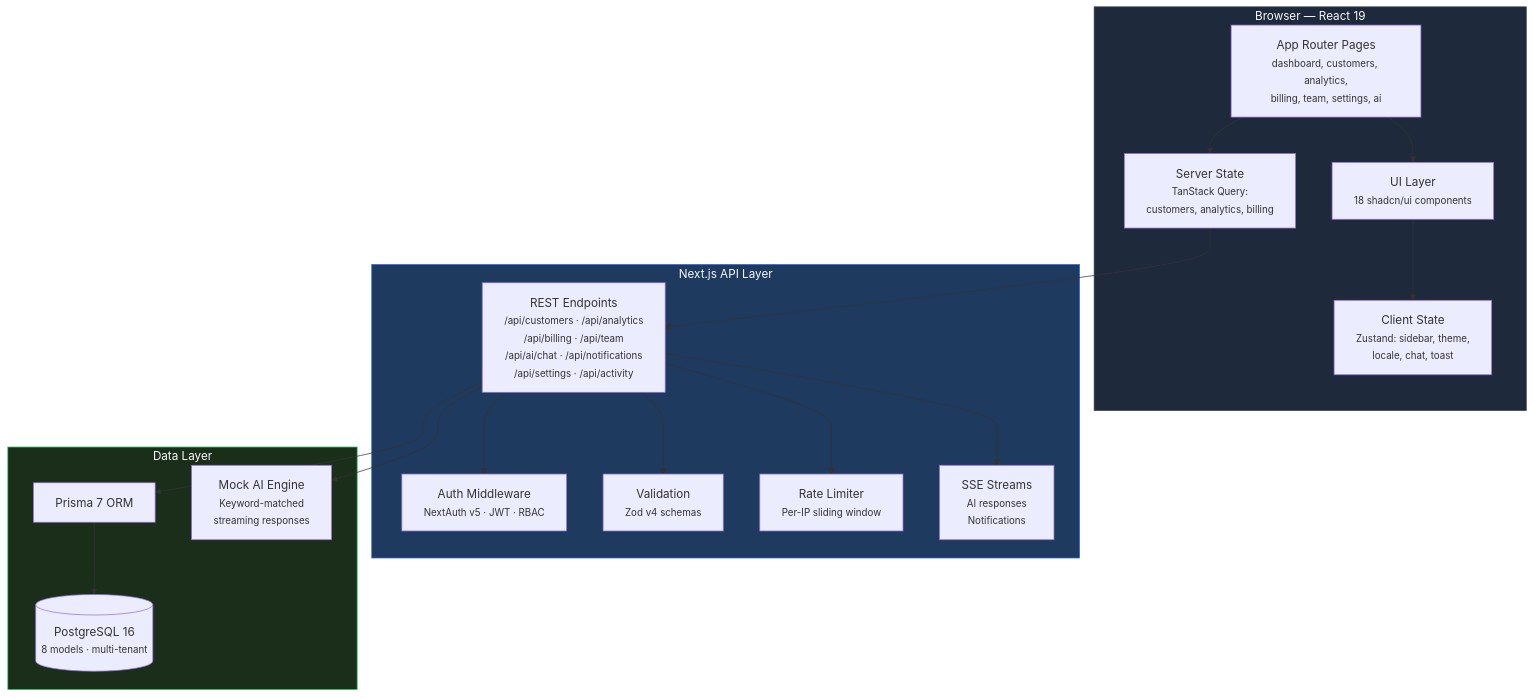
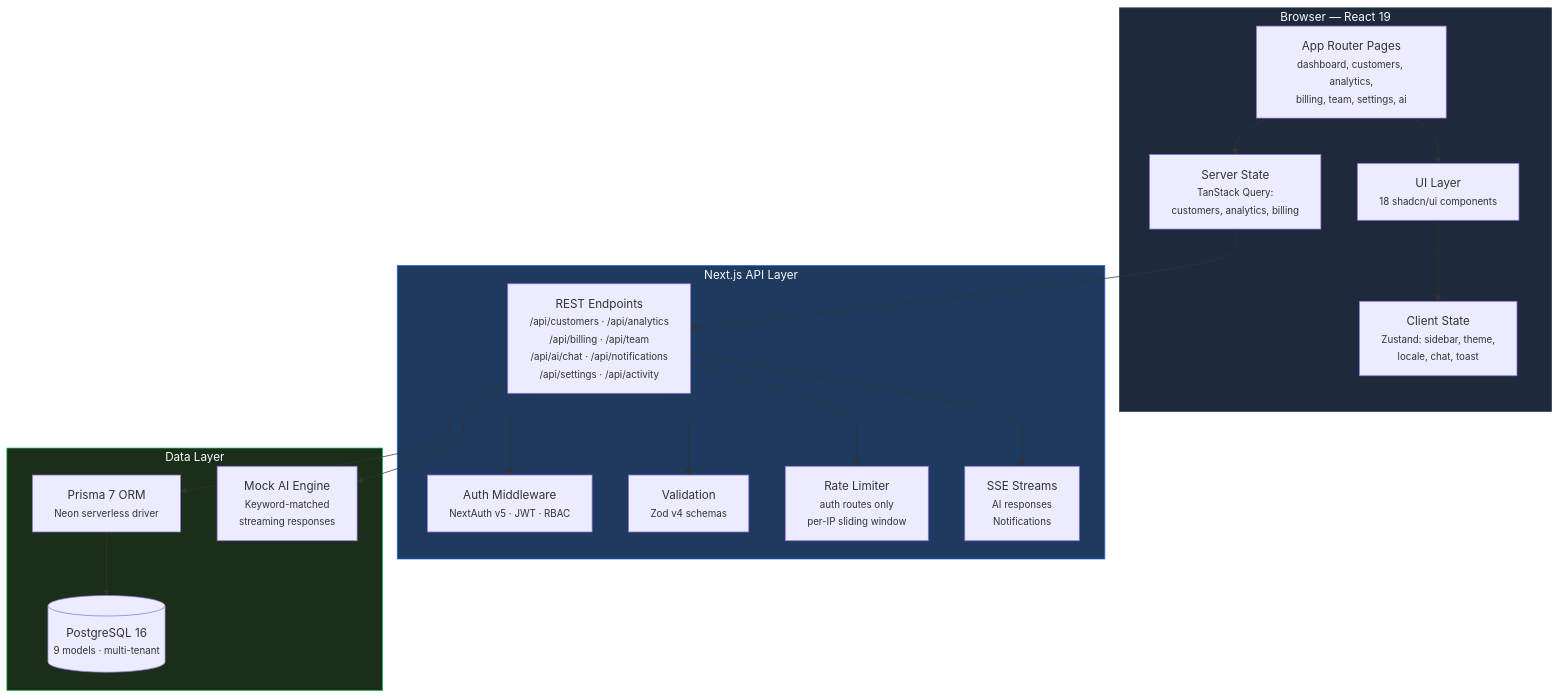
The first of 2 diagrams in README.md (mer-prog/nexus-ai), drawn with Mermaid before and after one commit. The commit also changed other lines of this file and 7 other files, not shown here.

````diff
--- a/README.md
+++ b/README.md
@@ -56,39 +60,39 @@
 ```mermaid
 graph TB
     subgraph Client["Browser — React 19"]
         Pages["App Router Pages<br/><small>dashboard, customers, analytics,<br/>billing, team, settings, ai</small>"]
         UI["UI Layer<br/><small>18 shadcn/ui components</small>"]
         State["Client State<br/><small>Zustand: sidebar, theme,<br/>locale, chat, toast</small>"]
         ServerState["Server State<br/><small>TanStack Query:<br/>customers, analytics, billing</small>"]
     end
 
     subgraph API["Next.js API Layer"]
         Routes["REST Endpoints<br/><small>/api/customers · /api/analytics<br/>/api/billing · /api/team<br/>/api/ai/chat · /api/notifications<br/>/api/settings · /api/activity</small>"]
         Auth["Auth Middleware<br/><small>NextAuth v5 · JWT · RBAC</small>"]
         Validate["Validation<br/><small>Zod v4 schemas</small>"]
-        RateLimit["Rate Limiter<br/><small>Per-IP sliding window</small>"]
+        RateLimit["Rate Limiter<br/><small>auth routes only<br/>per-IP sliding window</small>"]
         SSE["SSE Streams<br/><small>AI responses<br/>Notifications</small>"]
     end
 
     subgraph Data["Data Layer"]
-        ORM["Prisma 7 ORM"]
-        DB[("PostgreSQL 16<br/><small>8 models · multi-tenant</small>")]
+        ORM["Prisma 7 ORM<br/><small>Neon serverless driver</small>"]
+        DB[("PostgreSQL 16<br/><small>9 models · multi-tenant</small>")]
         MockAI["Mock AI Engine<br/><small>Keyword-matched<br/>streaming responses</small>"]
     end
 
     Pages --> UI
     Pages --> ServerState
     UI --> State
     ServerState --> Routes
     Routes --> Auth
     Routes --> Validate
     Routes --> RateLimit
     Routes --> ORM
     Routes --> MockAI
     Routes --> SSE
     ORM --> DB
 
     style Client fill:#1e293b,stroke:#334155,color:#f8fafc
     style API fill:#1e3a5f,stroke:#2563eb,color:#f8fafc
     style Data fill:#1a2e1a,stroke:#22c55e,color:#f8fafc
 ```
````
